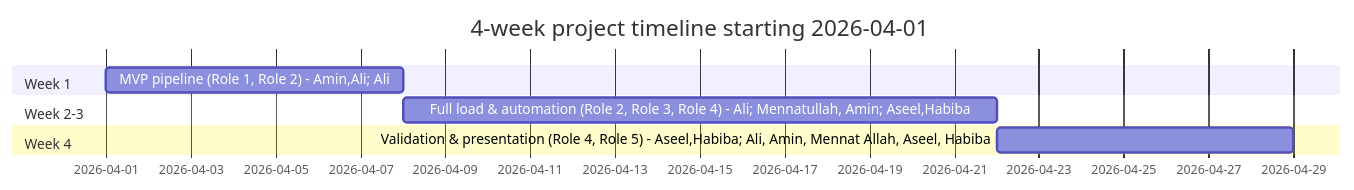
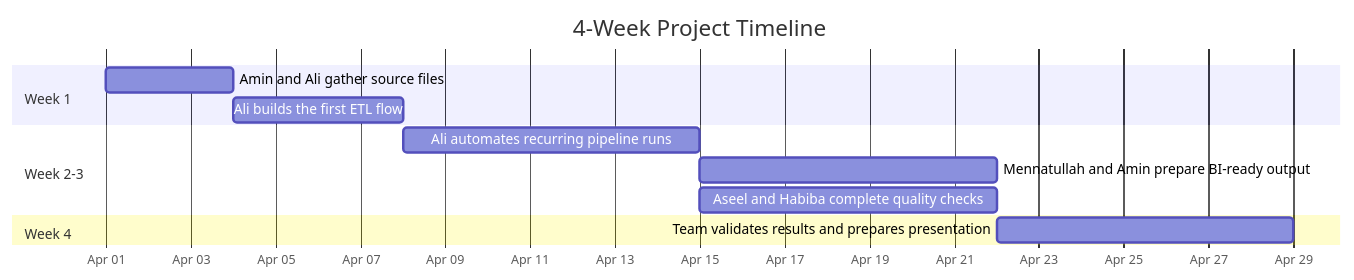
One commit to Ali-Hegazy-Ai/customer-data-etl changed the seventh of 8 diagrams in docs/diagrams.md. Above: the diagram before and after it, drawn with Mermaid. The commit also changed other lines of this file and 1 other file, not shown here.

Commit message:
docs: Rewrite project diagrams with more descriptive titles and narrative explanations, explicitly detailing team member responsibilities.

````diff
--- a/docs/diagrams.md
+++ b/docs/diagrams.md
@@ -187,14 +108,18 @@
 ```mermaid
 gantt
-    dateFormat  YYYY-MM-DD
-    title 4-week project timeline starting 2026-04-01
-    
+    title 4-Week Project Timeline
+    dateFormat YYYY-MM-DD
+    axisFormat %b %d
+
     section Week 1
-    MVP pipeline (Role 1, Role 2) - Amin,Ali; Ali :a1, 2026-04-01, 7d
-    
+    Amin and Ali gather source files :a1, 2026-04-01, 3d
+    Ali builds the first ETL flow :a2, after a1, 4d
+
     section Week 2-3
-    Full load & automation (Role 2, Role 3, Role 4) - Ali; Mennatullah, Amin; Aseel,Habiba :a2, after a1, 14d
-    
+    Ali automates recurring pipeline runs :b1, after a2, 7d
+    Mennatullah and Amin prepare BI-ready output :b2, after b1, 7d
+    Aseel and Habiba complete quality checks :b3, after b1, 7d
+
     section Week 4
-    Validation & presentation (Role 4, Role 5) - Aseel,Habiba; Ali, Amin, Mennat Allah, Aseel, Habiba :a3, after a2, 7d
+    Team validates results and prepares presentation :c1, after b2, 7d
 ```
````
